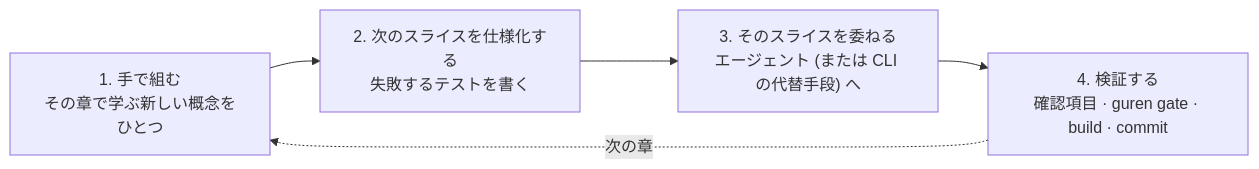
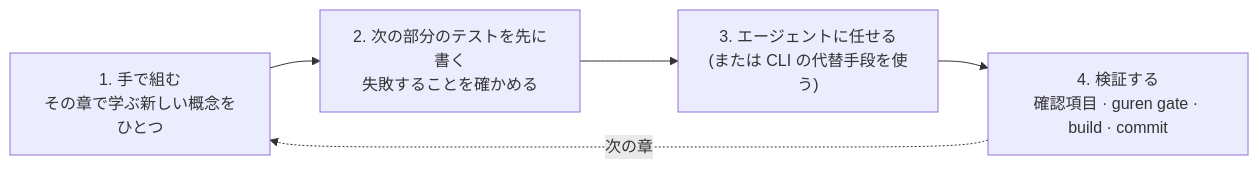
One commit to gurenjs/guren changed the diagram in docs/ja/tutorials/00-overview.md. Above: the diagram before and after it, drawn with Mermaid. The commit also changed other lines of this file and 24 other files, not shown here.

````diff
--- a/docs/ja/tutorials/00-overview.md
+++ b/docs/ja/tutorials/00-overview.md
@@ -13,9 +13,9 @@
 ```mermaid
 flowchart LR
   Hand["1. 手で組む<br/>その章で学ぶ新しい概念をひとつ"]
-  Test["2. 次のスライスを仕様化する<br/>失敗するテストを書く"]
-  Agent["3. そのスライスを委ねる<br/>エージェント (または CLI の代替手段) へ"]
+  Test["2. 次の部分のテストを先に書く<br/>失敗することを確かめる"]
+  Agent["3. エージェントに任せる<br/>(または CLI の代替手段を使う)"]
   Verify["4. 検証する<br/>確認項目 · guren gate · build · commit"]
   Hand --> Test --> Agent --> Verify
   Verify -. "次の章" .-> Hand
 ```
````
